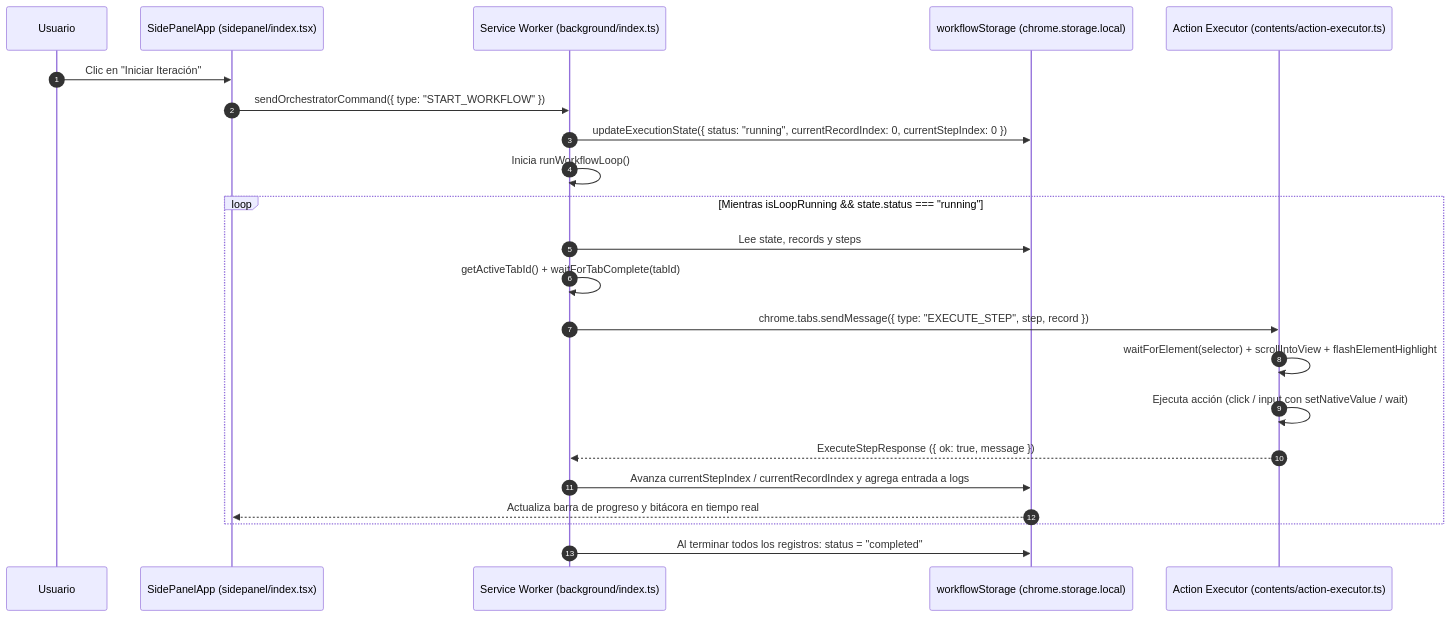
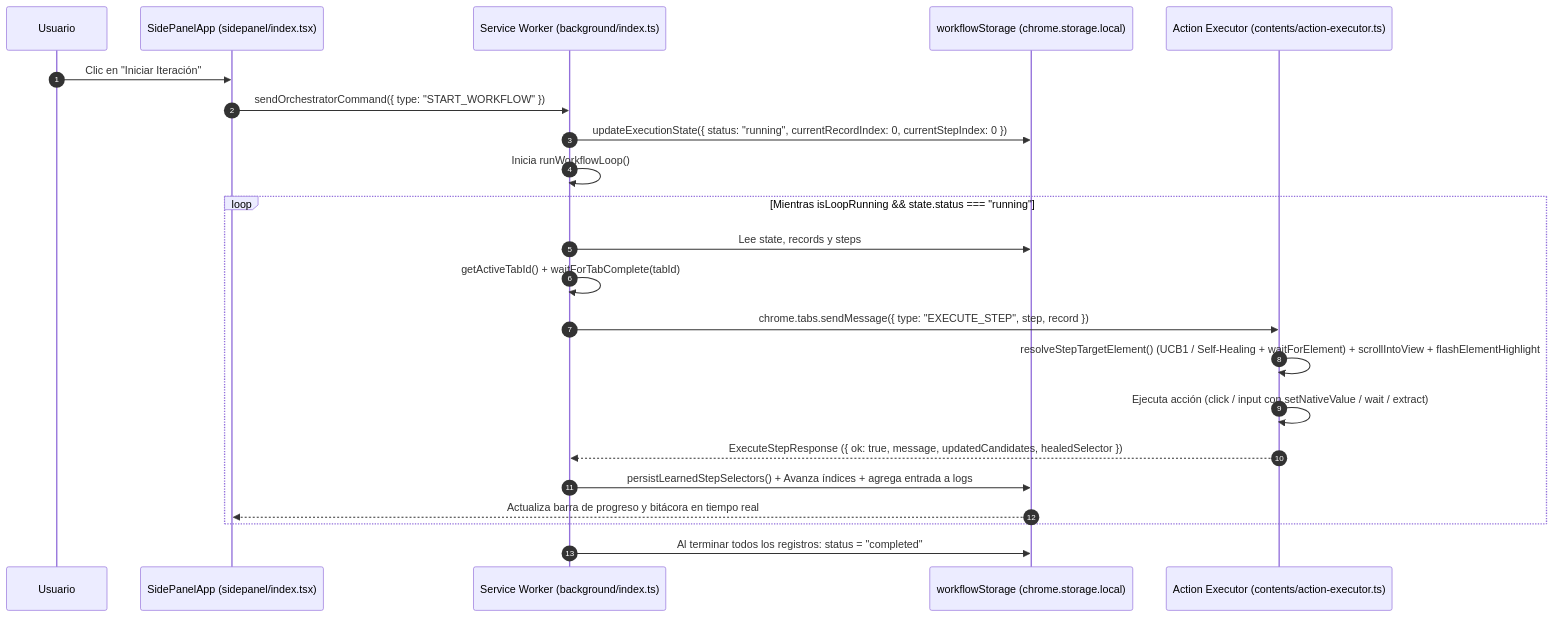
One commit to cccg8105/cccg_web_extension changed the third of 4 diagrams in docs/01-arquitectura-y-flujo.md. Above: the diagram before and after it, drawn with Mermaid. The commit also changed other lines of this file and 32 other files, not shown here.

````diff
--- a/docs/01-arquitectura-y-flujo.md
+++ b/docs/01-arquitectura-y-flujo.md
@@ -92,27 +92,27 @@
 ```mermaid
 sequenceDiagram
   autonumber
   participant User as Usuario
   participant SidePanel as SidePanelApp (sidepanel/index.tsx)
   participant BG as Service Worker (background/index.ts)
   participant Storage as workflowStorage (chrome.storage.local)
   participant Executor as Action Executor (contents/action-executor.ts)
 
   User->>SidePanel: Clic en "Iniciar Iteración"
   SidePanel->>BG: sendOrchestratorCommand({ type: "START_WORKFLOW" })
   BG->>Storage: updateExecutionState({ status: "running", currentRecordIndex: 0, currentStepIndex: 0 })
   BG->>BG: Inicia runWorkflowLoop()
 
   loop Mientras isLoopRunning && state.status === "running"
     BG->>Storage: Lee state, records y steps
     BG->>BG: getActiveTabId() + waitForTabComplete(tabId)
     BG->>Executor: chrome.tabs.sendMessage({ type: "EXECUTE_STEP", step, record })
-    Executor->>Executor: waitForElement(selector) + scrollIntoView + flashElementHighlight
-    Executor->>Executor: Ejecuta acción (click / input con setNativeValue / wait)
-    Executor-->>BG: ExecuteStepResponse ({ ok: true, message })
-    BG->>Storage: Avanza currentStepIndex / currentRecordIndex y agrega entrada a logs
+    Executor->>Executor: resolveStepTargetElement() (UCB1 / Self-Healing + waitForElement) + scrollIntoView + flashElementHighlight
+    Executor->>Executor: Ejecuta acción (click / input con setNativeValue / wait / extract)
+    Executor-->>BG: ExecuteStepResponse ({ ok: true, message, updatedCandidates, healedSelector })
+    BG->>Storage: persistLearnedStepSelectors() + Avanza índices + agrega entrada a logs
     Storage-->>SidePanel: Actualiza barra de progreso y bitácora en tiempo real
   end
 
   BG->>Storage: Al terminar todos los registros: status = "completed"
 ```
````
